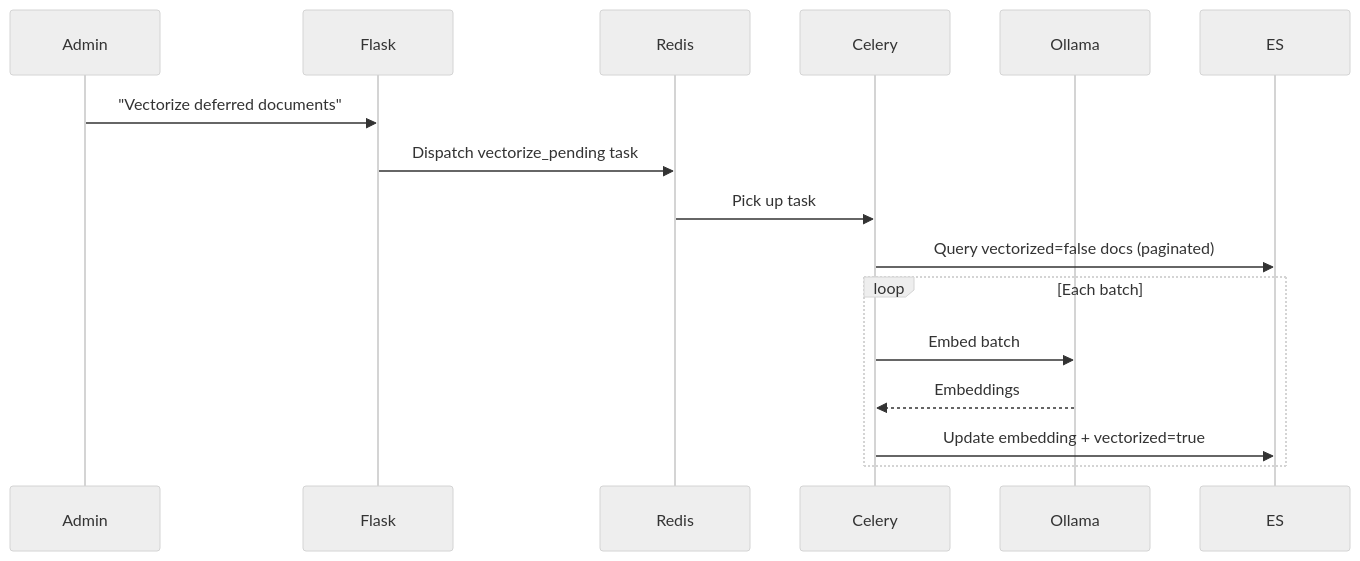
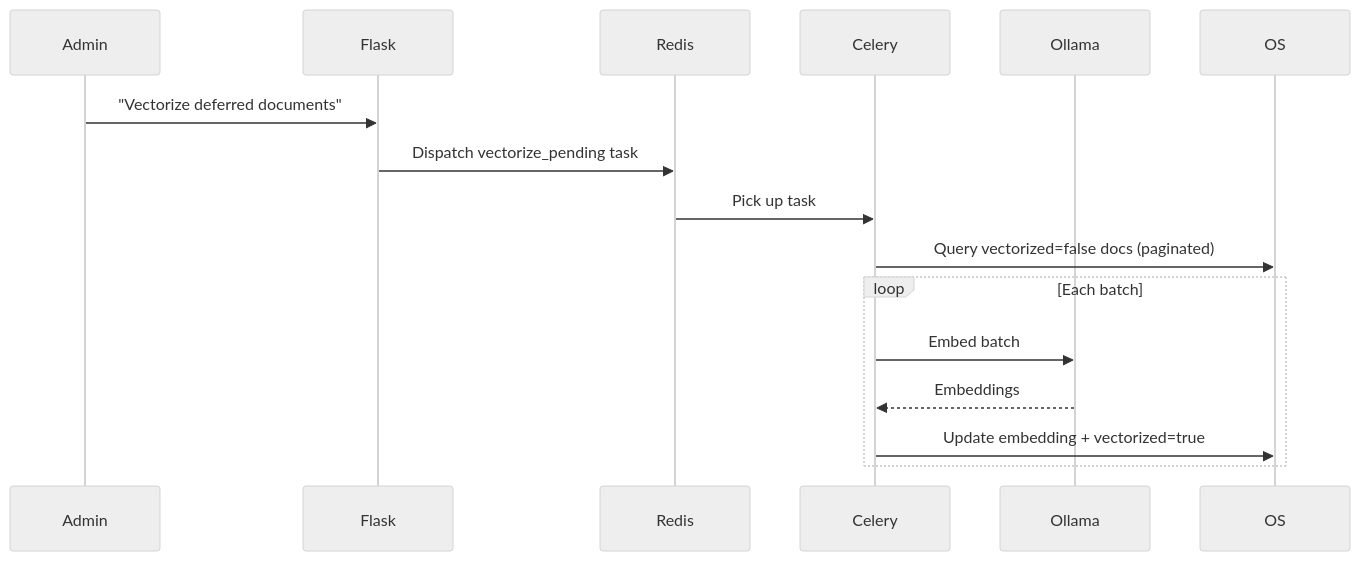
Before and after one commit to eyeclept/SHSE: the third of 5 diagrams in DesignDoc.md, drawn with Mermaid (neutral theme). The commit also changed other lines of this file and 3 other files, not shown here.

````diff
--- a/DesignDoc.md
+++ b/DesignDoc.md
@@ -290,19 +290,19 @@
 ```mermaid
 sequenceDiagram
     participant Admin
     participant Flask
     participant Redis
     participant Celery
     participant Ollama
-    participant ES
+    participant OS
 
     Admin->>Flask: "Vectorize deferred documents"
     Flask->>Redis: Dispatch vectorize_pending task
     Redis->>Celery: Pick up task
-    Celery->>ES: Query vectorized=false docs (paginated)
+    Celery->>OS: Query vectorized=false docs (paginated)
     loop Each batch
         Celery->>Ollama: Embed batch
         Ollama-->>Celery: Embeddings
-        Celery->>ES: Update embedding + vectorized=true
+        Celery->>OS: Update embedding + vectorized=true
     end
 ```
````
